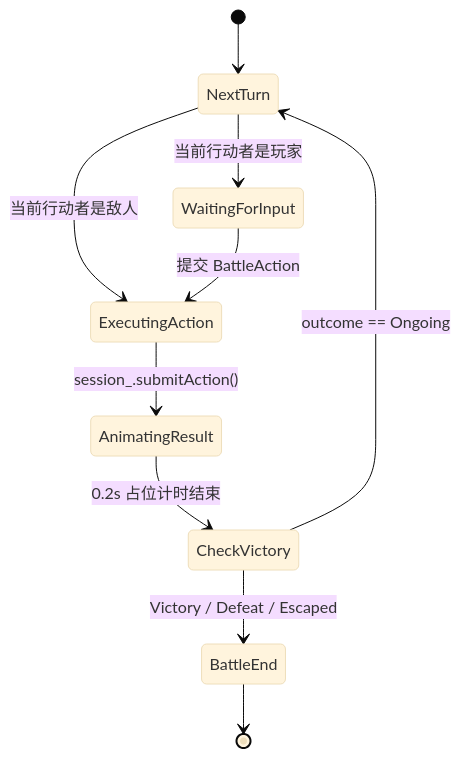
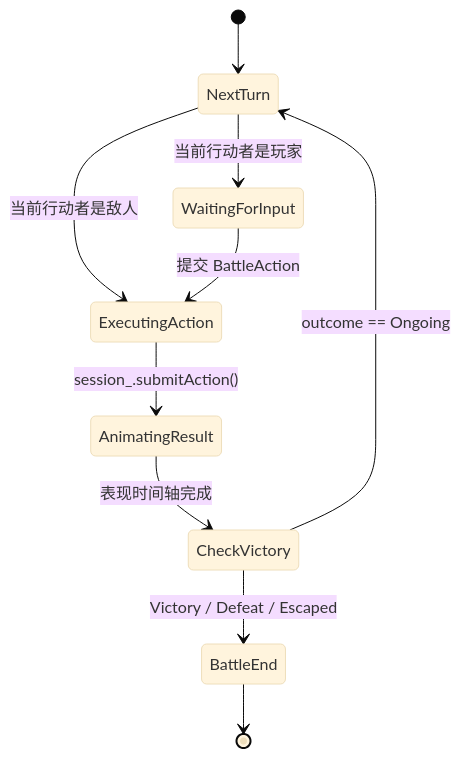
Before and after one commit to WispSnow/TinyFarmRPG: the second of 8 diagrams in docs/gameplay/turn-based-battle.md, drawn with Mermaid (base theme). The commit also changed other lines of this file and 15 other files, not shown here.

````diff
--- a/docs/gameplay/turn-based-battle.md
+++ b/docs/gameplay/turn-based-battle.md
@@ -118,12 +118,12 @@
 ```mermaid
 stateDiagram-v2
     [*] --> NextTurn
     NextTurn --> WaitingForInput : 当前行动者是玩家
     NextTurn --> ExecutingAction : 当前行动者是敌人
     WaitingForInput --> ExecutingAction : 提交 BattleAction
     ExecutingAction --> AnimatingResult : session_.submitAction()
-    AnimatingResult --> CheckVictory : 0.2s 占位计时结束
+    AnimatingResult --> CheckVictory : 表现时间轴完成
     CheckVictory --> NextTurn : outcome == Ongoing
     CheckVictory --> BattleEnd : Victory / Defeat / Escaped
     BattleEnd --> [*]
 ```
````
